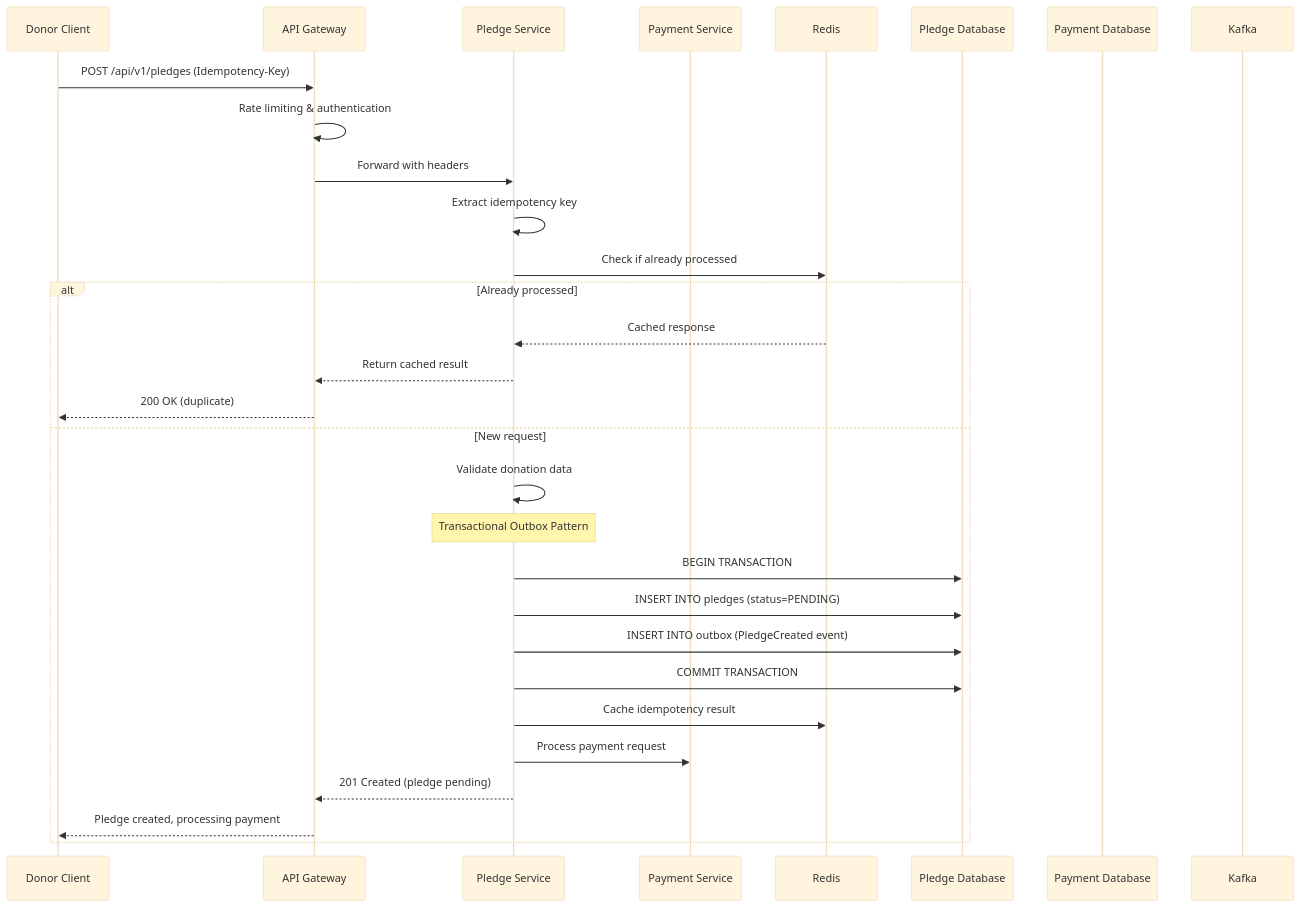
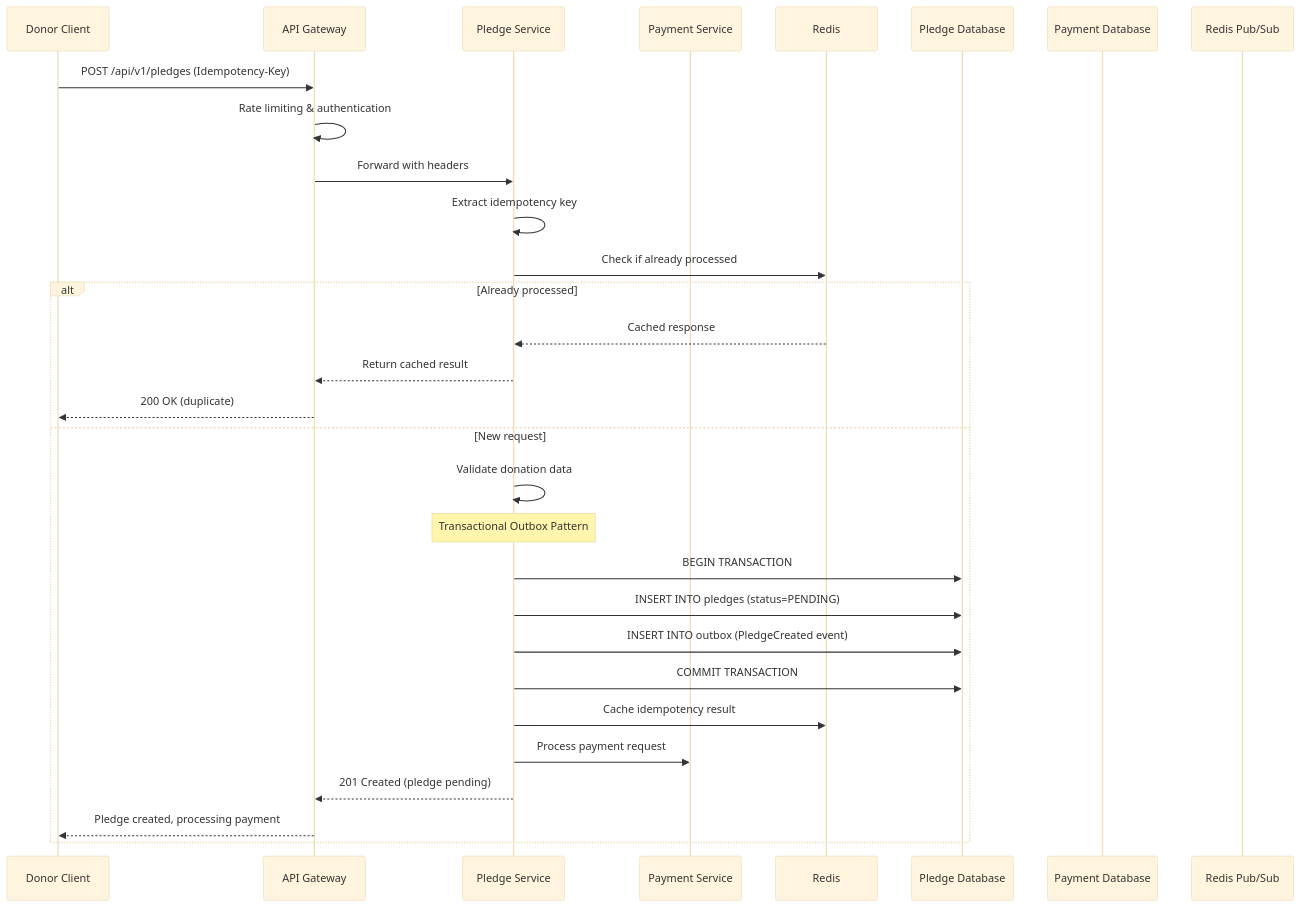
One commit to SM-Shaan/API_Hackathon_Innovatrix changed the fifth of 20 diagrams in docs/others/SYSTEM_FLOW.md. Above: the diagram before and after it, drawn with Mermaid (base theme). The commit also changed other lines of this file and 5 other files, not shown here.

First line of the commit message:
docs: add comprehensive architecture diagrams to README

````diff
--- a/docs/others/SYSTEM_FLOW.md
+++ b/docs/others/SYSTEM_FLOW.md
@@ -117,36 +117,36 @@
 ```mermaid
 sequenceDiagram
     participant Donor as Donor Client
     participant Gateway as API Gateway
     participant PledgeSvc as Pledge Service
     participant PaymentSvc as Payment Service
     participant Redis
     participant PledgeDB as Pledge Database
     participant PaymentDB as Payment Database
-    participant Kafka
+    participant RedisPubSub as Redis Pub/Sub
     
     Donor->>Gateway: POST /api/v1/pledges (Idempotency-Key)
     Gateway->>Gateway: Rate limiting & authentication
     Gateway->>PledgeSvc: Forward with headers
     
     PledgeSvc->>PledgeSvc: Extract idempotency key
     PledgeSvc->>Redis: Check if already processed
     alt Already processed
         Redis-->>PledgeSvc: Cached response
         PledgeSvc-->>Gateway: Return cached result
         Gateway-->>Donor: 200 OK (duplicate)
     else New request
         PledgeSvc->>PledgeSvc: Validate donation data
         
         Note over PledgeSvc: Transactional Outbox Pattern
         PledgeSvc->>PledgeDB: BEGIN TRANSACTION
         PledgeSvc->>PledgeDB: INSERT INTO pledges (status=PENDING)
         PledgeSvc->>PledgeDB: INSERT INTO outbox (PledgeCreated event)
         PledgeSvc->>PledgeDB: COMMIT TRANSACTION
         
         PledgeSvc->>Redis: Cache idempotency result
         PledgeSvc->>PaymentSvc: Process payment request
         PledgeSvc-->>Gateway: 201 Created (pledge pending)
         Gateway-->>Donor: Pledge created, processing payment
     end
 ```
````
